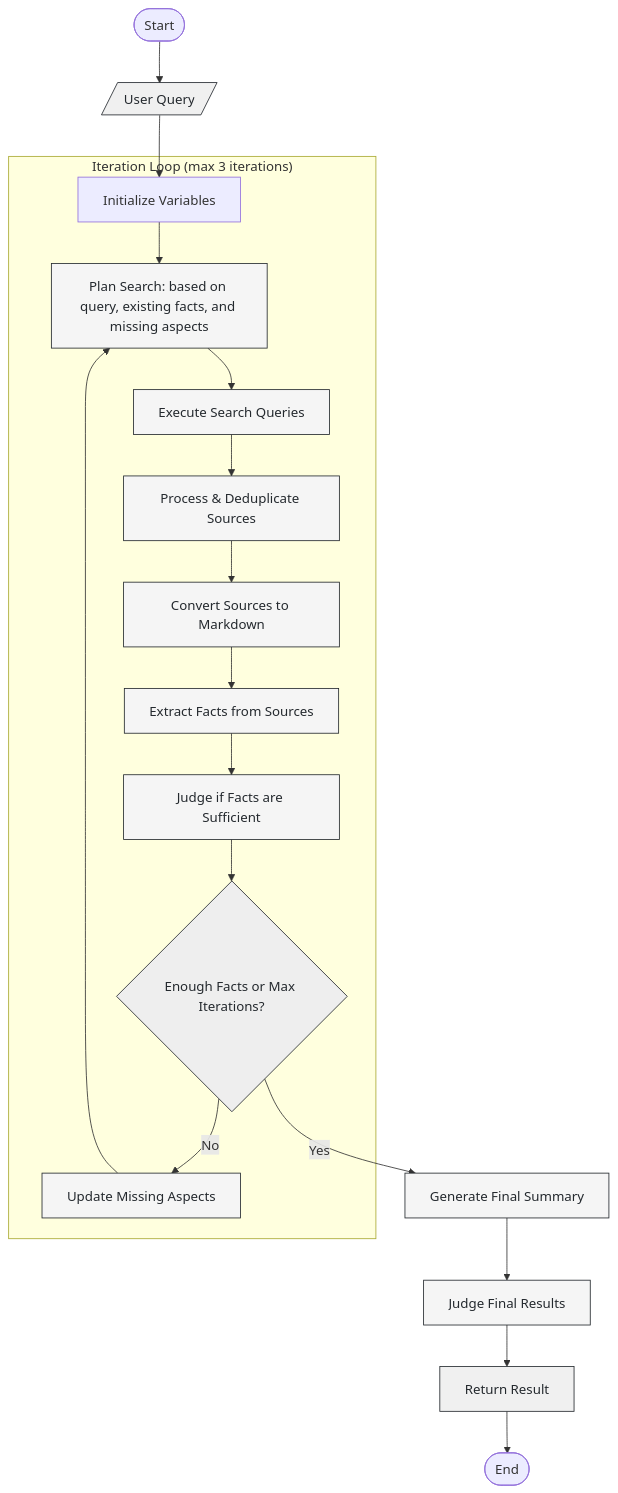
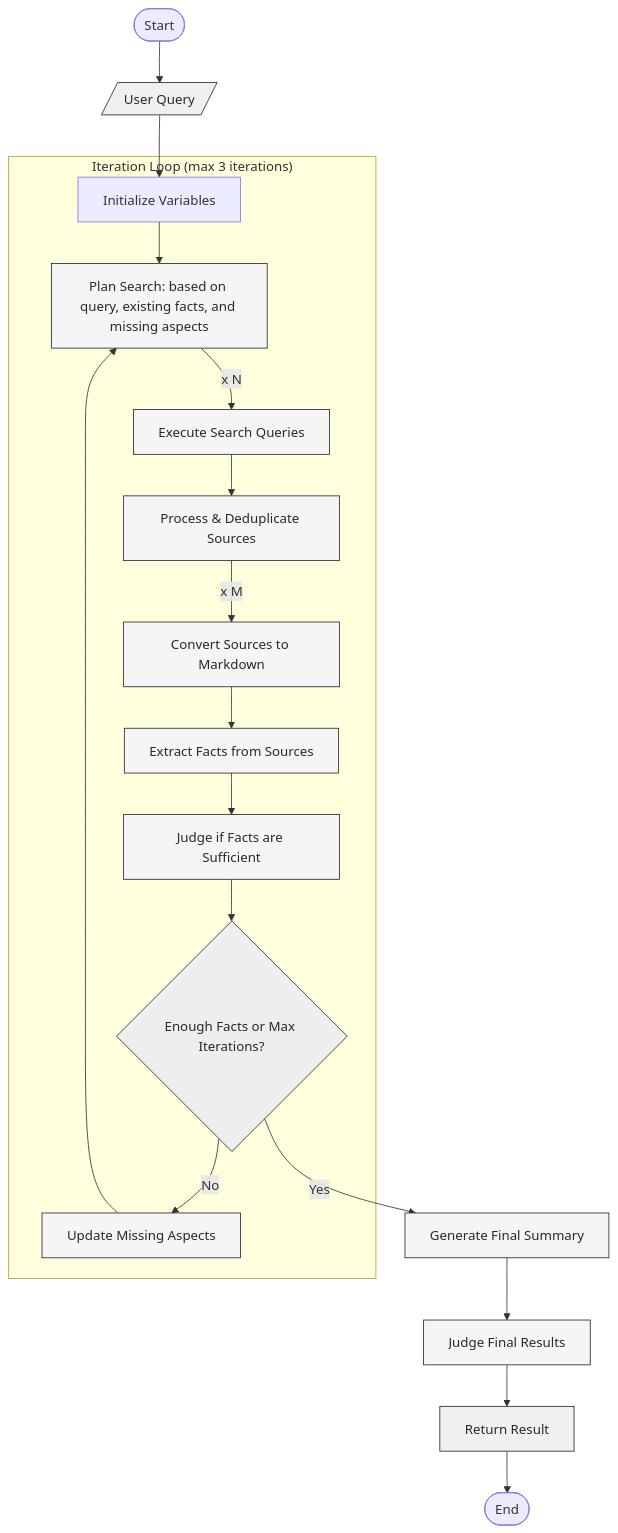
One commit to hatchet-dev/hatchet-typescript-deep-research changed the diagram in README.md. Above: the diagram before and after it, drawn with Mermaid. The commit also changed other lines of this file, not shown here.

````diff
--- a/README.md
+++ b/README.md
@@ -69,31 +69,31 @@
 ```mermaid
 flowchart TD
     Start([Start]) --> Input[/User Query/]
     Input --> InitVars[Initialize Variables]
 
     subgraph IterationLoop["Iteration Loop (max 3 iterations)"]
         InitVars --> PlanSearch[Plan Search: based on query, existing facts, and missing aspects]
-        PlanSearch --> SearchQueries[Execute Search Queries]
+        PlanSearch -->|x N| SearchQueries[Execute Search Queries]
         SearchQueries --> ProcessSources[Process & Deduplicate Sources]
-        ProcessSources --> ConvertToMd[Convert Sources to Markdown]
+        ProcessSources --> |x M| ConvertToMd[Convert Sources to Markdown]
         ConvertToMd --> ExtractFacts[Extract Facts from Sources]
         ExtractFacts --> JudgeFacts[Judge if Facts are Sufficient]
         JudgeFacts --> Decision{Enough Facts or Max Iterations?}
         Decision -->|No| UpdateMissing[Update Missing Aspects]
         UpdateMissing --> PlanSearch
     end
 
     Decision -->|Yes| GenerateSummary[Generate Final Summary]
     GenerateSummary --> JudgeResults[Judge Final Results]
     JudgeResults --> ReturnResult[Return Result]
     ReturnResult --> End([End])
 
     %% Light grayscale fill with dark text
     classDef process fill:#f5f5f5,stroke:#24292e,stroke-width:1px,color:#24292e;
     classDef decision fill:#eeeeee,stroke:#24292e,stroke-width:1px,color:#24292e;
     classDef io fill:#f0f0f0,stroke:#24292e,stroke-width:1px,color:#24292e;
 
     class PlanSearch,SearchQueries,ProcessSources,ConvertToMd,ExtractFacts,JudgeFacts,GenerateSummary,JudgeResults,UpdateMissing process;
     class Decision decision;
     class Input,ReturnResult io;
 ```
````
